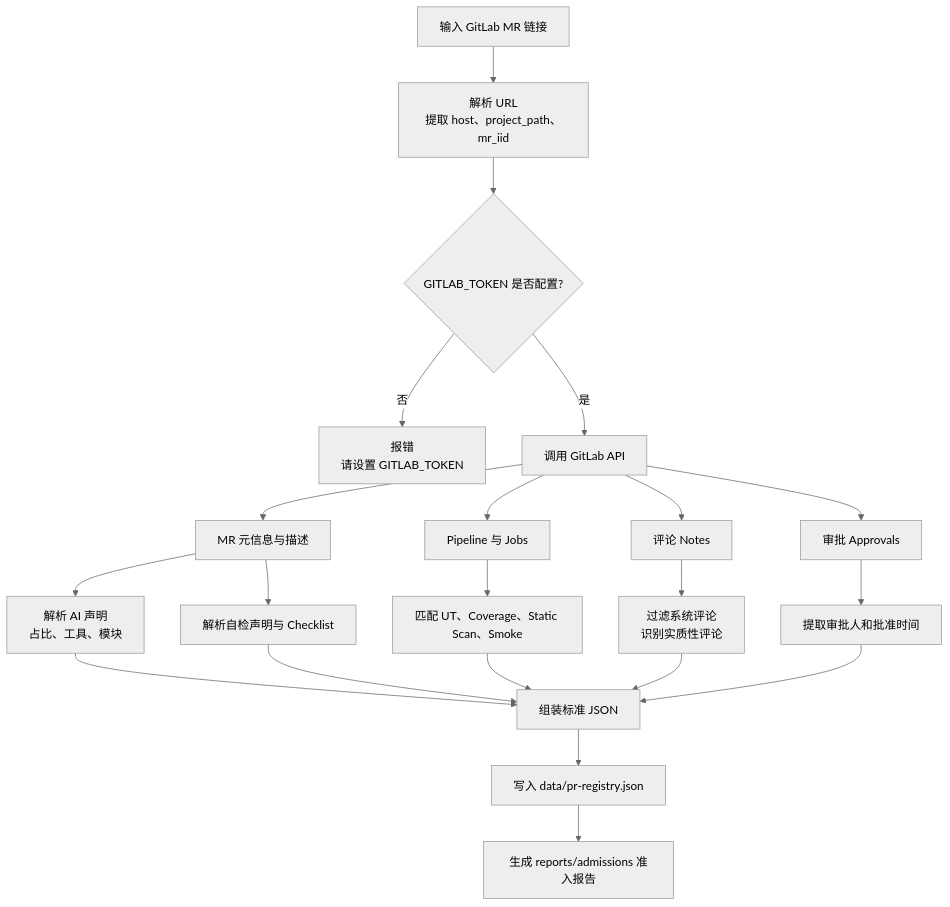
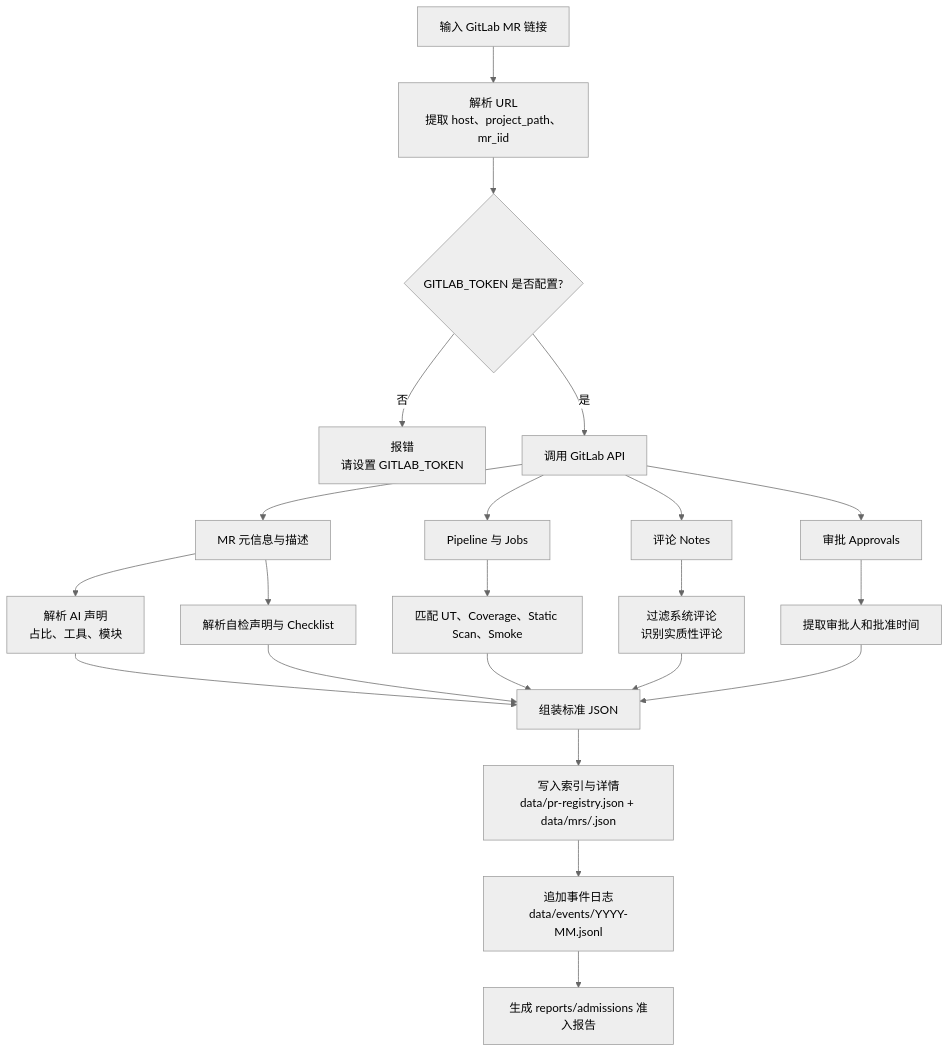
Before and after one commit to sunny-xiabo/CR-Vigil: the third of 6 diagrams in docs/flowchart.md, drawn with Mermaid (neutral theme). The commit also changed other lines of this file and 52 other files, not shown here.

````diff
--- a/docs/flowchart.md
+++ b/docs/flowchart.md
@@ -85,27 +85,28 @@
 ```mermaid
 flowchart TD
     URL["输入 GitLab MR 链接"] --> PARSE["解析 URL\n提取 host、project_path、mr_iid"]
     PARSE --> TOKEN{"GITLAB_TOKEN 是否配置?"}
     TOKEN -->|"否"| TOKEN_ERR["报错\n请设置 GITLAB_TOKEN"]
     TOKEN -->|"是"| API_COLLECT["调用 GitLab API"]
 
     API_COLLECT --> MR_API["MR 元信息与描述"]
     API_COLLECT --> PIPELINE_API["Pipeline 与 Jobs"]
     API_COLLECT --> NOTES_API["评论 Notes"]
     API_COLLECT --> APPROVAL_API["审批 Approvals"]
 
     MR_API --> PARSE_AI["解析 AI 声明\n占比、工具、模块"]
     MR_API --> PARSE_SELF["解析自检声明与 Checklist"]
     PIPELINE_API --> PARSE_CI["匹配 UT、Coverage、Static Scan、Smoke"]
     NOTES_API --> PARSE_REVIEW["过滤系统评论\n识别实质性评论"]
     APPROVAL_API --> PARSE_APPROVAL["提取审批人和批准时间"]
 
     PARSE_AI --> REGISTRY["组装标准 JSON"]
     PARSE_SELF --> REGISTRY
     PARSE_CI --> REGISTRY
     PARSE_REVIEW --> REGISTRY
     PARSE_APPROVAL --> REGISTRY
 
-    REGISTRY --> WRITE["写入 data/pr-registry.json"]
-    WRITE --> REPORT["生成 reports/admissions 准入报告"]
+    REGISTRY --> WRITE["写入索引与详情\ndata/pr-registry.json + data/mrs/<PR_ID>.json"]
+    WRITE --> EVENTS["追加事件日志\ndata/events/YYYY-MM.jsonl"]
+    EVENTS --> REPORT["生成 reports/admissions 准入报告"]
 ```
````
